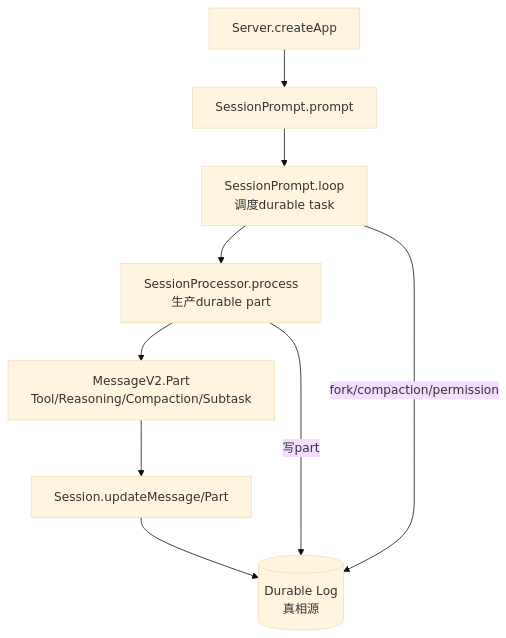
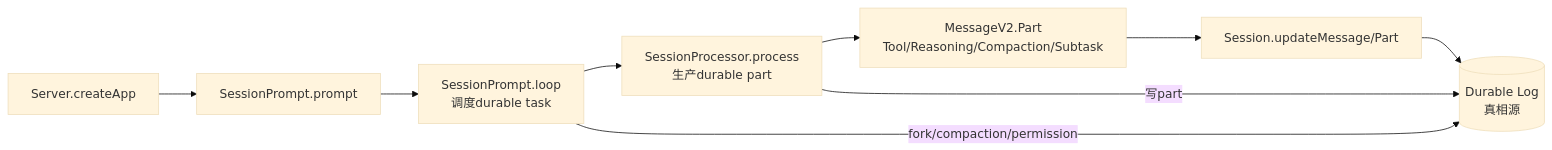
Before and after one commit to feuyeux/agent-study: the diagram in opencode_kickoff/19-final-mental-model.md, drawn with Mermaid (base theme). The commit also changed other lines of this file and 21 other files, not shown here.

````diff
--- a/opencode_kickoff/19-final-mental-model.md
+++ b/opencode_kickoff/19-final-mental-model.md
@@ -7,12 +6,12 @@
 ```mermaid
-graph TB
+graph LR
     Server[Server.createApp] --> Prompt[SessionPrompt.prompt]
     Prompt --> Loop[SessionPrompt.loop<br/>调度durable task]
     Loop --> Process[SessionProcessor.process<br/>生产durable part]
     Process --> Parts[MessageV2.Part<br/>Tool/Reasoning/Compaction/Subtask]
     Parts --> Update[Session.updateMessage/Part]
     Update --> Log[(Durable Log<br/>真相源)]
 
     Loop -->|fork/compaction/permission| Log
     Process -->|写part| Log
 ```
````
